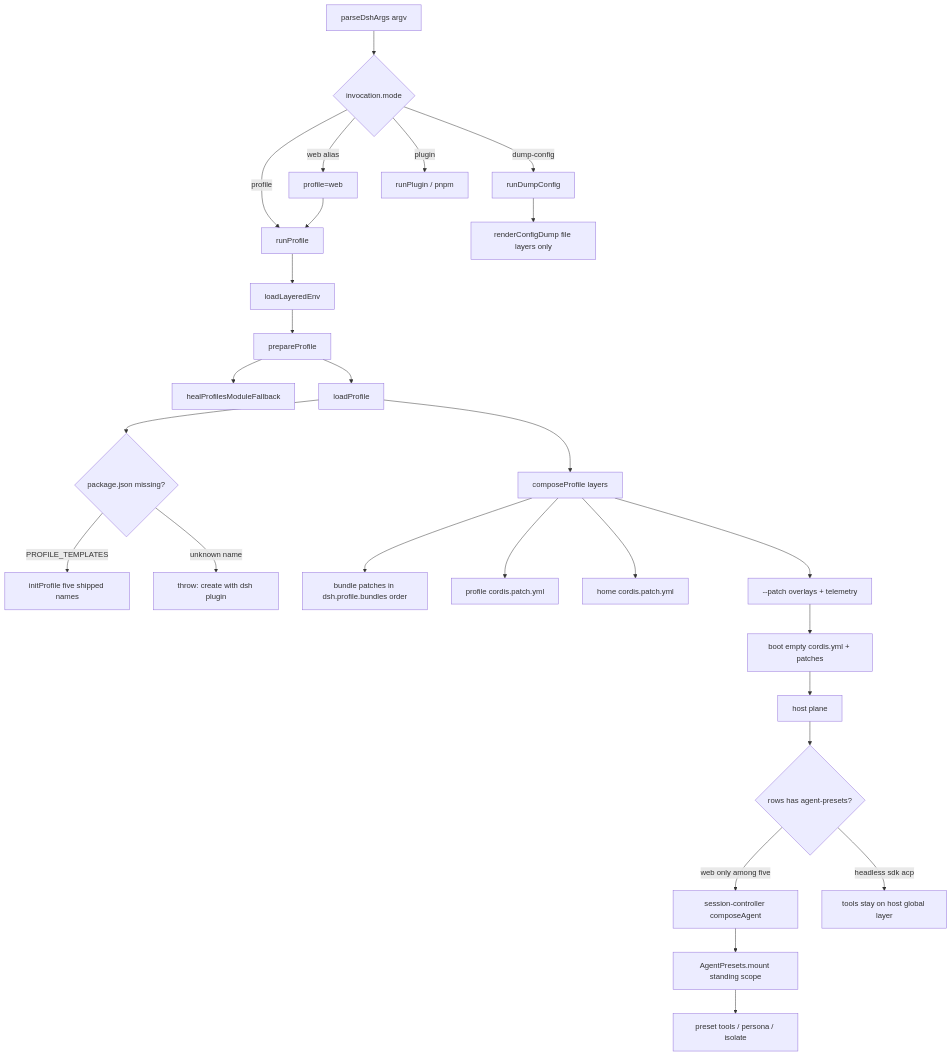
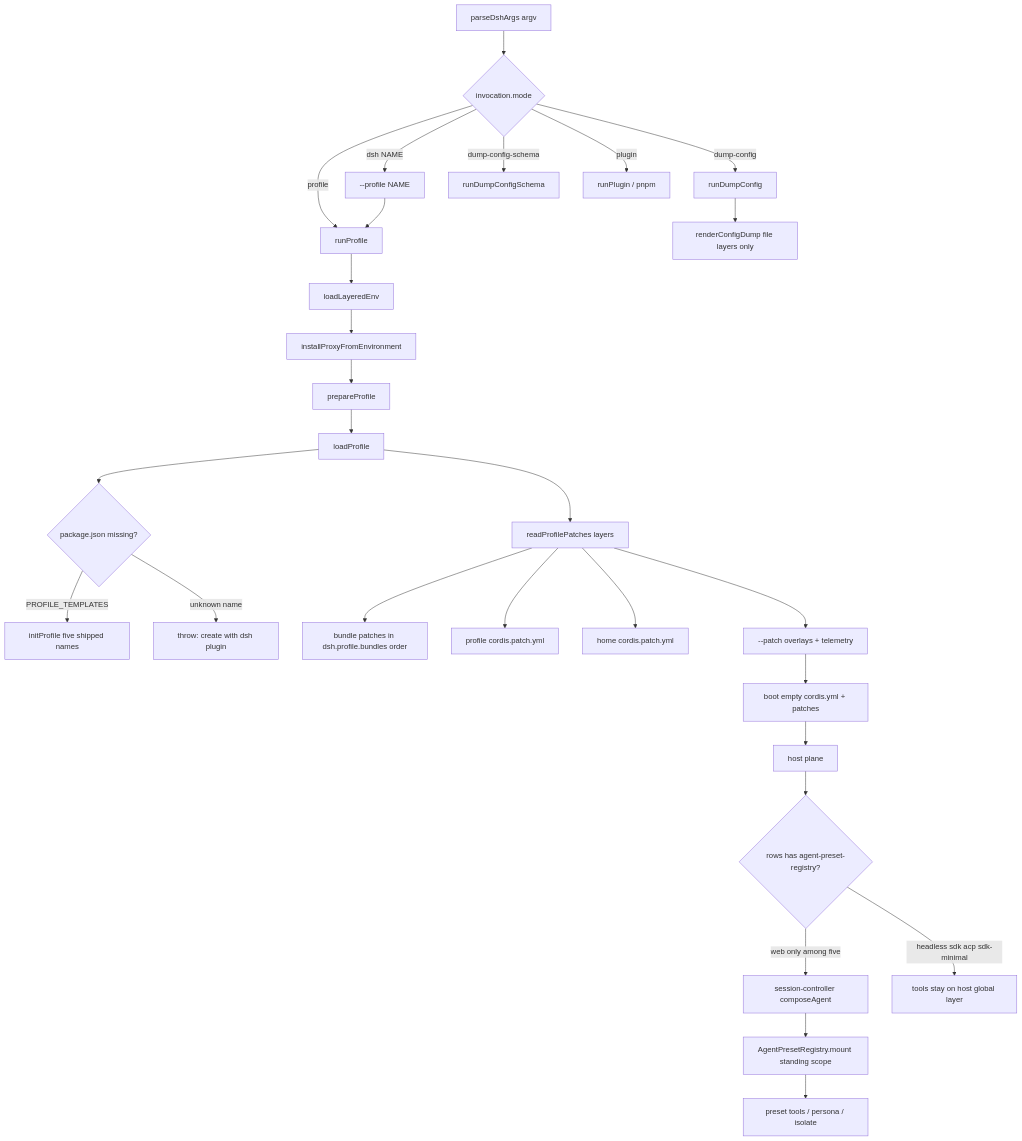
Before and after one commit to wdnmdtonyma/SOTA-Agent-LLM-Wiki: the diagram in docs/llm-wiki/deepseek-harness/spine/composition-boot.md, drawn with Mermaid. The commit also changed other lines of this file and 237 other files, not shown here.

````diff
--- a/docs/llm-wiki/deepseek-harness/spine/composition-boot.md
+++ b/docs/llm-wiki/deepseek-harness/spine/composition-boot.md
@@ -77,29 +87,30 @@
 ```mermaid
 flowchart TD
   Argv["parseDshArgs argv"] --> Mode{invocation.mode}
-  Mode -->|web alias| Web["profile=web"]
+  Mode -->|"dsh NAME"| Web["--profile NAME"]
   Mode -->|profile| Run["runProfile"]
   Mode -->|dump-config| Dump["runDumpConfig"]
+  Mode -->|dump-config-schema| DumpSchema["runDumpConfigSchema"]
   Mode -->|plugin| Plugin["runPlugin / pnpm"]
   Web --> Run
   Run --> Env["loadLayeredEnv"]
-  Env --> Prep["prepareProfile"]
-  Prep --> Heal["healProfilesModuleFallback"]
+  Env --> Proxy["installProxyFromEnvironment"]
+  Proxy --> Prep["prepareProfile"]
   Prep --> Load["loadProfile"]
   Load --> Init{"package.json missing?"}
   Init -->|PROFILE_TEMPLATES| Auto["initProfile five shipped names"]
   Init -->|unknown name| Fail["throw: create with dsh plugin"]
-  Load --> Stack["composeProfile layers"]
+  Load --> Stack["readProfilePatches layers"]
   Stack --> Bundles["bundle patches in dsh.profile.bundles order"]
   Stack --> User["profile cordis.patch.yml"]
   Stack --> Home["home cordis.patch.yml"]
   Stack --> Flag["--patch overlays + telemetry"]
   Flag --> Boot["boot empty cordis.yml + patches"]
   Boot --> Host["host plane"]
-  Host --> Roster{"rows has agent-presets?"}
+  Host --> Roster{"rows has agent-preset-registry?"}
   Roster -->|web only among five| Session["session-controller composeAgent"]
-  Session --> Mount["AgentPresets.mount standing scope"]
+  Session --> Mount["AgentPresetRegistry.mount standing scope"]
   Mount --> AgentPlane["preset tools / persona / isolate"]
-  Roster -->|headless sdk acp| Global["tools stay on host global layer"]
+  Roster -->|headless sdk acp sdk-minimal| Global["tools stay on host global layer"]
   Dump --> FileLayers["renderConfigDump file layers only"]
 ```
````
